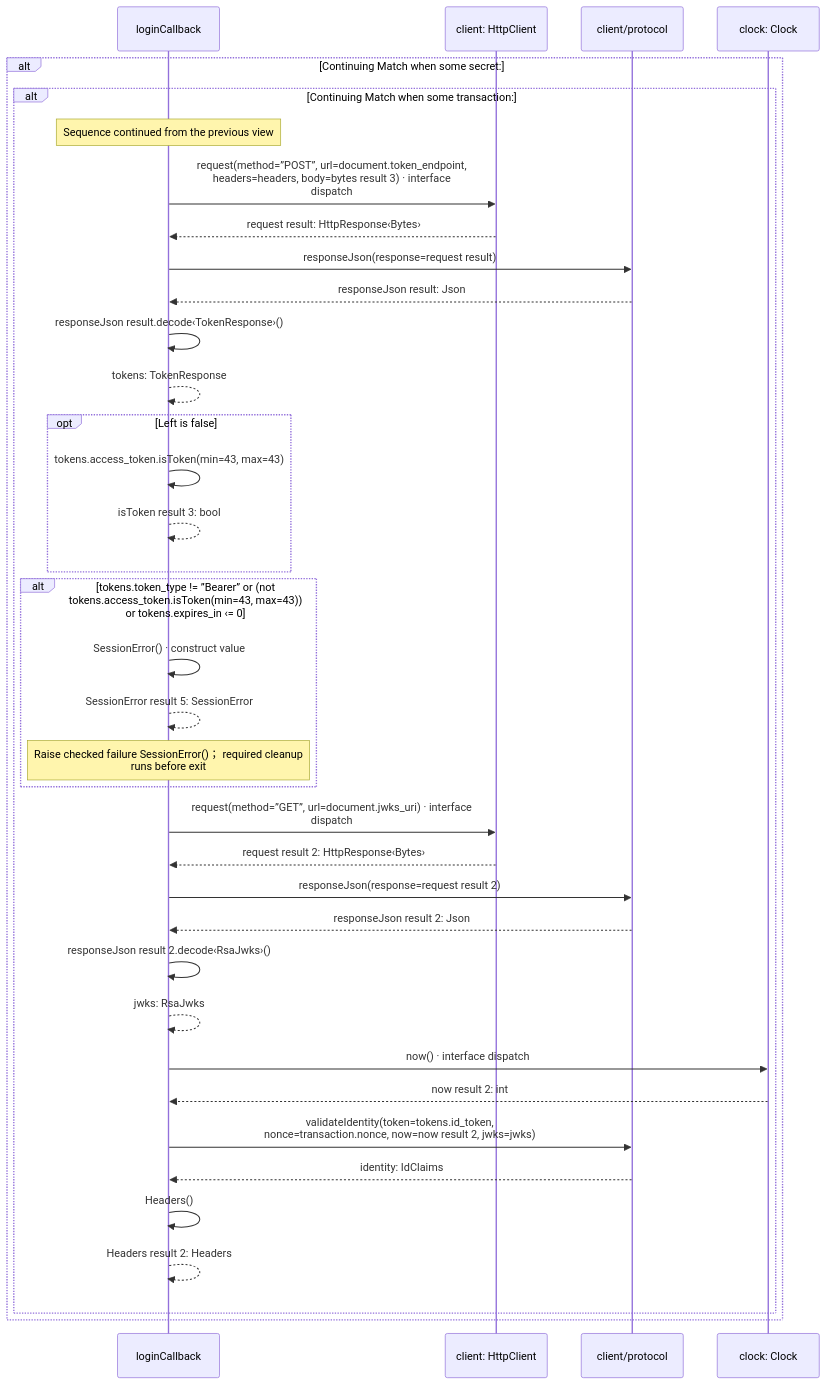
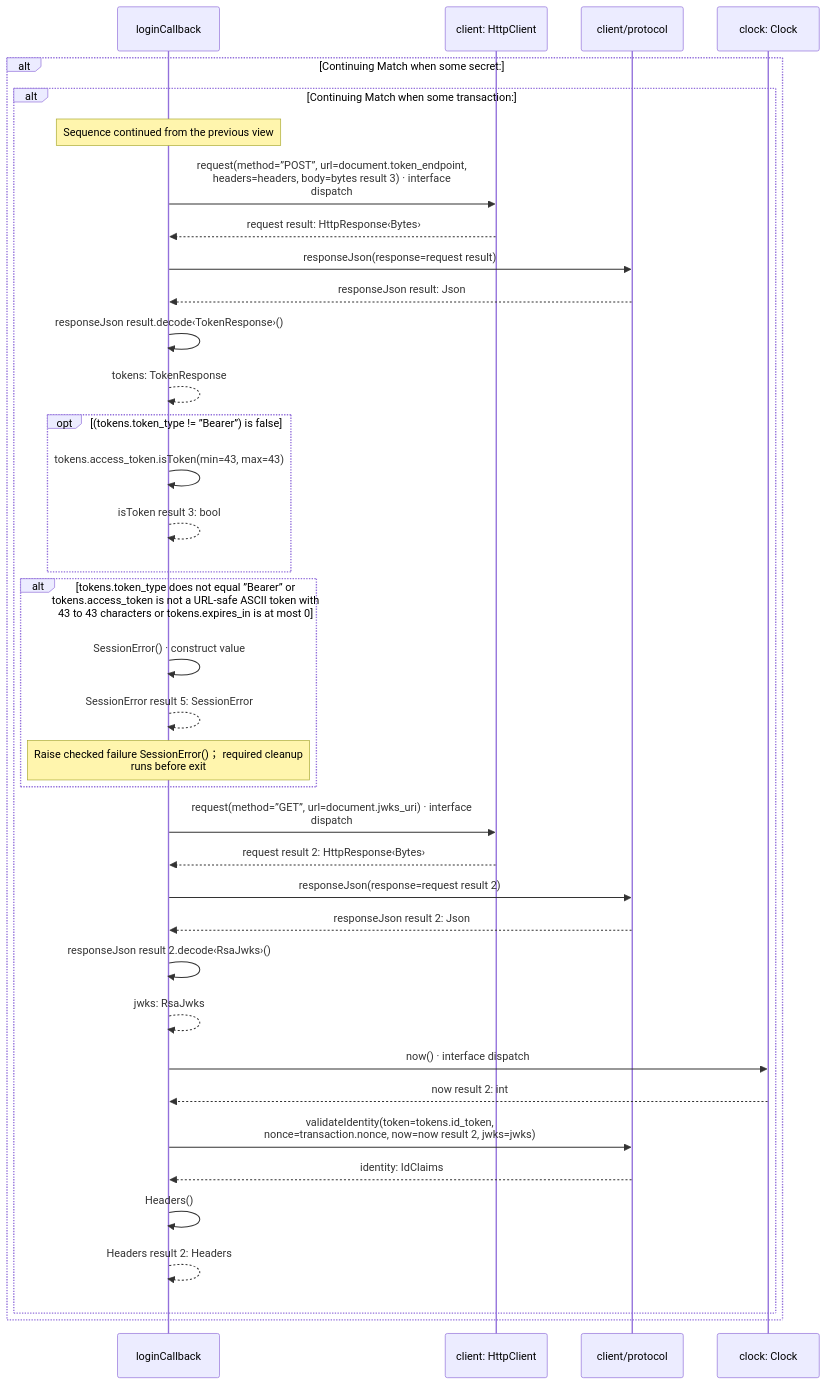
Diagram 11 of 13 in docs/examples/oidc-login/client/login-diagrams.md (GreenPandaStudios/augscript), drawn with Mermaid before and after one commit. The commit also changed other lines of this file and 658 other files, not shown here.

````diff
--- a/docs/examples/oidc-login/client/login-diagrams.md
+++ b/docs/examples/oidc-login/client/login-diagrams.md
@@ -292,39 +316,39 @@
 ```mermaid
 sequenceDiagram
     participant p0 as loginCallback
     participant p1 as client: HttpClient
     participant p2 as client/protocol
     participant p3 as clock: Clock
     alt Continuing Match when some secret:
     alt Continuing Match when some transaction:
     Note over p0: Sequence continued from the previous view
     p0->>p1: request(method=”POST”, url=document.token_endpoint,<br/>headers=headers, body=bytes result 3) · interface<br/>dispatch
     p1-->>p0: request result: HttpResponse‹Bytes›
     p0->>p2: responseJson(response=request result)
     p2-->>p0: responseJson result: Json
     p0->>p0: responseJson result.decode‹TokenResponse›()
     p0-->>p0: tokens: TokenResponse
-    opt Left is false
+    opt (tokens.token_type != ”Bearer”) is false
     p0->>p0: tokens.access_token.isToken(min=43, max=43)
     p0-->>p0: isToken result 3: bool
     end
-    alt tokens.token_type != ”Bearer” or (not tokens.access_token.isToken(min=43, max=43)) or tokens.expires_in ‹= 0
+    alt tokens.token_type does not equal ”Bearer” or<br/>tokens.access_token is not a URL-safe ASCII token with<br/>43 to 43 characters or tokens.expires_in is at most 0
     p0->>p0: SessionError() · construct value
     p0-->>p0: SessionError result 5: SessionError
     Note over p0: Raise checked failure SessionError()； required cleanup<br/>runs before exit
     end
     p0->>p1: request(method=”GET”, url=document.jwks_uri) · interface<br/>dispatch
     p1-->>p0: request result 2: HttpResponse‹Bytes›
     p0->>p2: responseJson(response=request result 2)
     p2-->>p0: responseJson result 2: Json
     p0->>p0: responseJson result 2.decode‹RsaJwks›()
     p0-->>p0: jwks: RsaJwks
     p0->>p3: now() · interface dispatch
     p3-->>p0: now result 2: int
     p0->>p2: validateIdentity(token=tokens.id_token,<br/>nonce=transaction.nonce, now=now result 2, jwks=jwks)
     p2-->>p0: identity: IdClaims
     p0->>p0: Headers()
     p0-->>p0: Headers result 2: Headers
     end
     end
 ```
````
